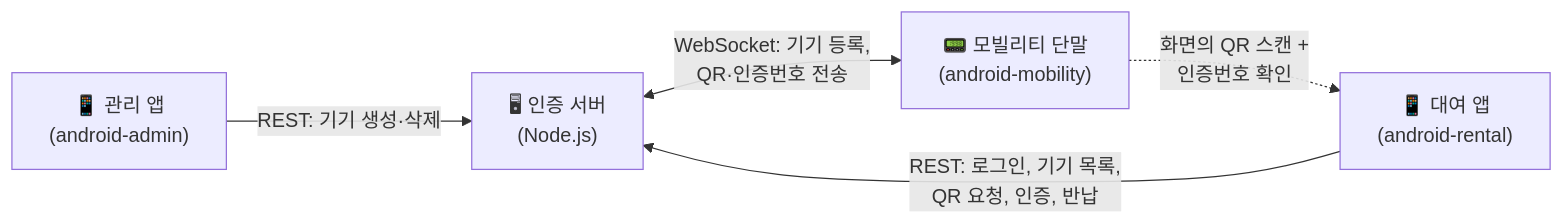
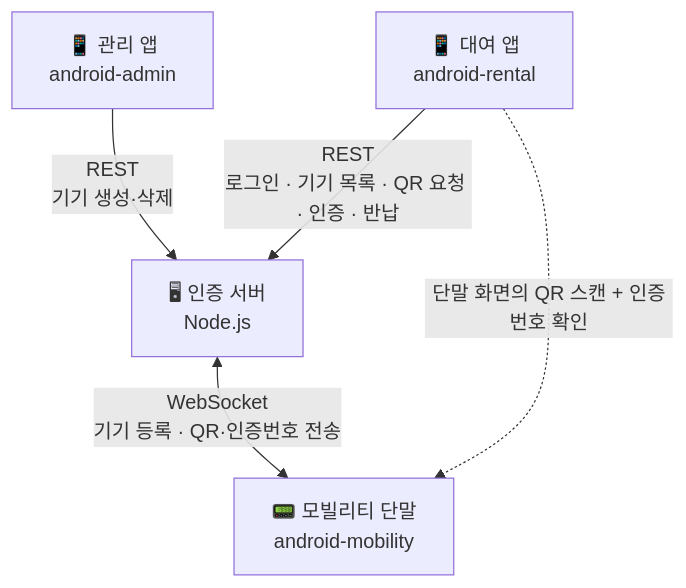
The first of 2 diagrams in README.md (Dchat26/Dynamic-QR-Auth), drawn with Mermaid before and after one commit.

````diff
--- a/README.md
+++ b/README.md
@@ -41,12 +41,12 @@
 ```mermaid
-flowchart LR
-    Admin["📱 관리 앱<br/>(android-admin)"]
-    Rental["📱 대여 앱<br/>(android-rental)"]
-    Server["🖥 인증 서버<br/>(Node.js)"]
-    Mobility["📟 모빌리티 단말<br/>(android-mobility)"]
+flowchart TB
+    Admin["📱 관리 앱<br/>android-admin"]
+    Rental["📱 대여 앱<br/>android-rental"]
+    Server["🖥 인증 서버<br/>Node.js"]
+    Mobility["📟 모빌리티 단말<br/>android-mobility"]
 
-    Admin -- "REST: 기기 생성·삭제" --> Server
-    Rental -- "REST: 로그인, 기기 목록,<br/>QR 요청, 인증, 반납" --> Server
-    Server <-- "WebSocket: 기기 등록,<br/>QR·인증번호 전송" --> Mobility
-    Mobility -. "화면의 QR 스캔 +<br/>인증번호 확인" .-> Rental
+    Admin -- "REST<br/>기기 생성·삭제" --> Server
+    Rental -- "REST<br/>로그인 · 기기 목록 · QR 요청 · 인증 · 반납" --> Server
+    Server <-- "WebSocket<br/>기기 등록 · QR·인증번호 전송" --> Mobility
+    Rental -. "단말 화면의 QR 스캔 + 인증번호 확인" .-> Mobility
 ```
````
